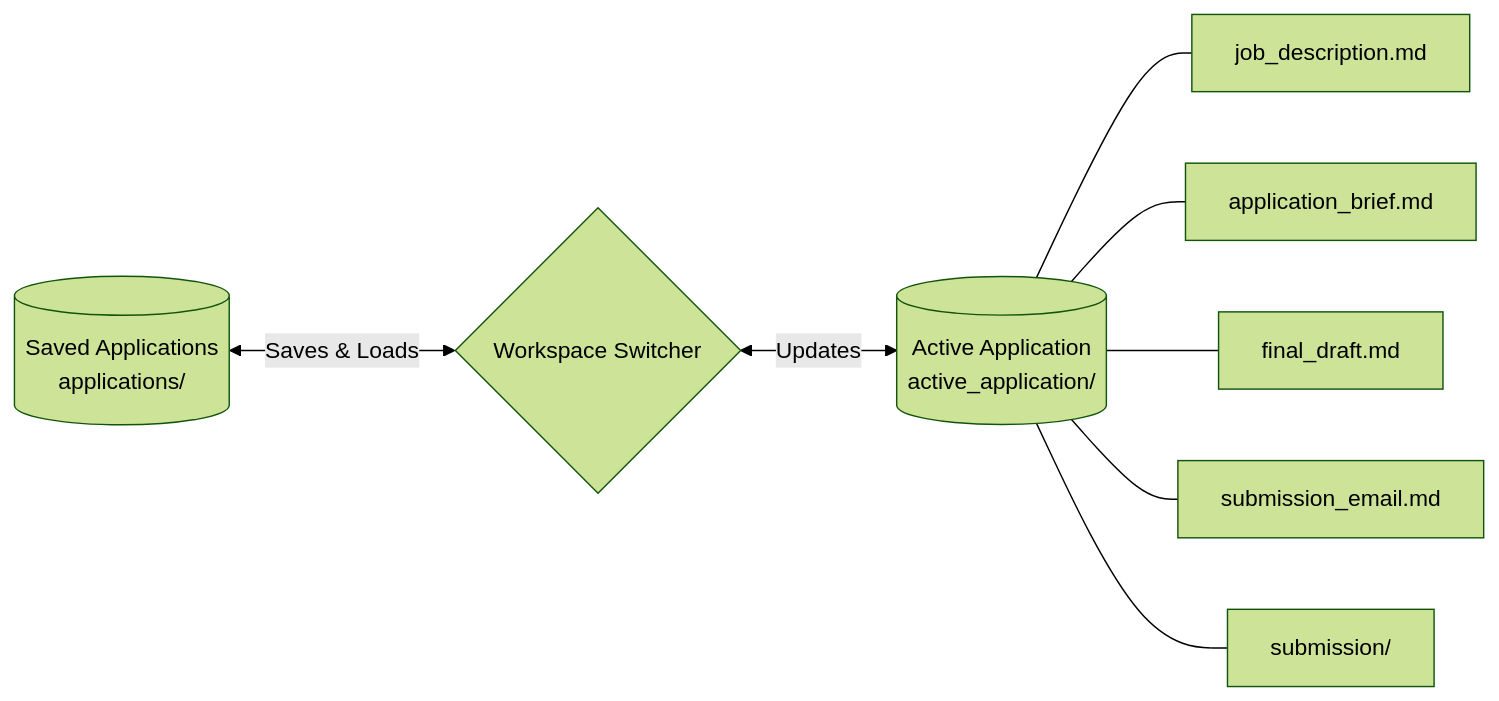
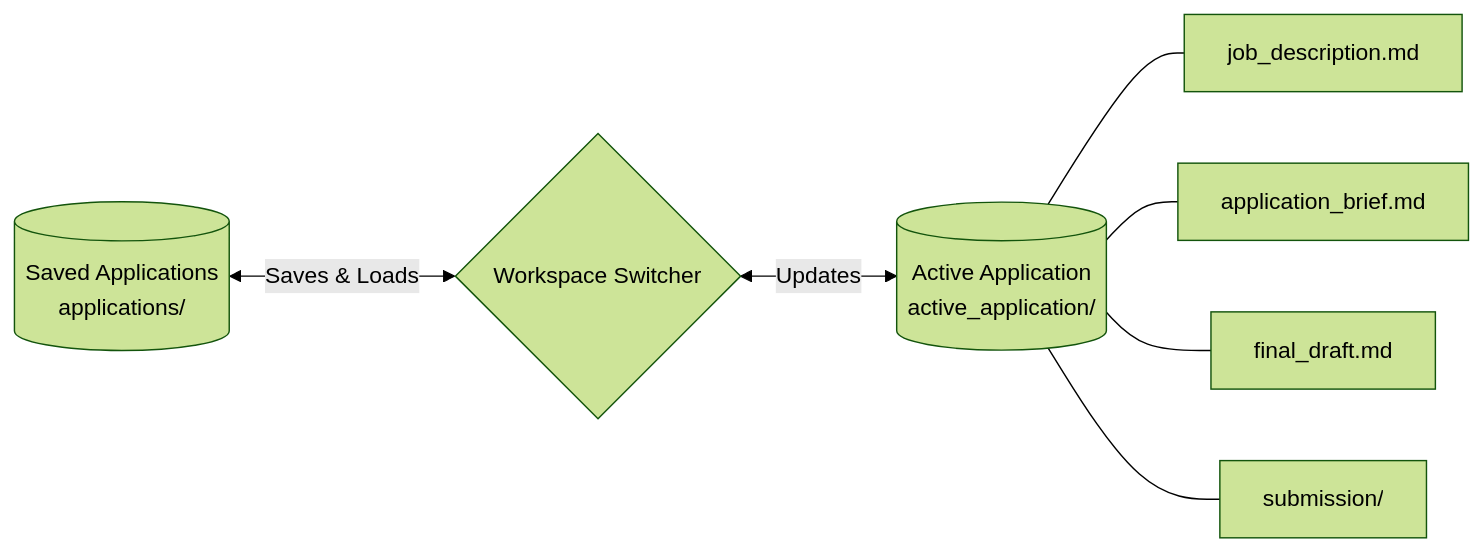
The second of 2 diagrams in README.md (Fandy-ust/cover-letter-assistant), drawn with Mermaid (forest theme) before and after one commit. The commit also changed other lines of this file and 8 other files, not shown here.

````diff
--- a/README.md
+++ b/README.md
@@ -114,11 +113,10 @@
 ```mermaid
 flowchart LR
     Saved[("Saved Applications<br>applications/")] <-->|"Saves & Loads"| Switcher{Workspace Switcher}
     Switcher <-->|"Updates"| Active[("Active Application<br>active_application/")]
     
     Active --- JD[job_description.md]
     Active --- Brief[application_brief.md]
     Active --- Draft[final_draft.md]
-    Active --- EmailDraft[submission_email.md]
     Active --- SubmissionDir[submission/]
 ```
````
